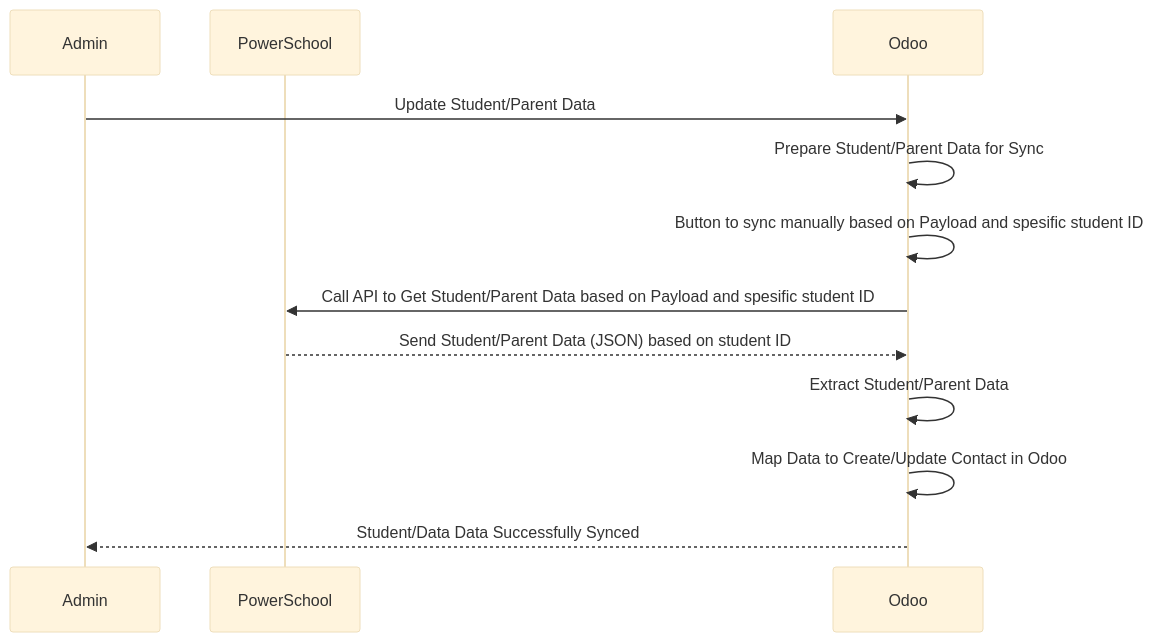
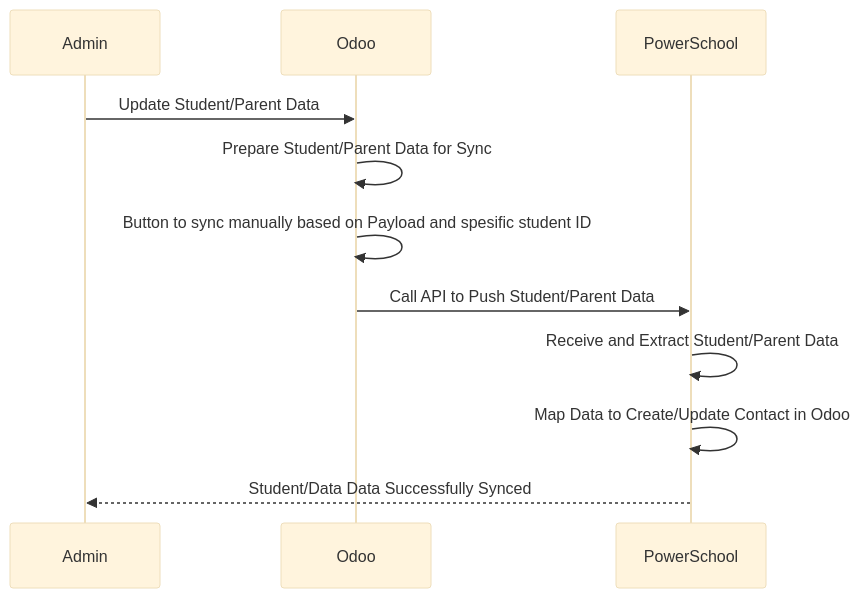
Before and after one commit to kamalyui9/lincoln_school: the second of 4 diagrams in PowerSchool Provides Rest API.md, drawn with Mermaid (base theme).

Commit message:
Update PowerSchool Provides Rest API.md

````diff
--- a/PowerSchool Provides Rest API.md
+++ b/PowerSchool Provides Rest API.md
@@ -23,15 +23,14 @@
 ```mermaid
 sequenceDiagram
     participant Admin as Admin
+    participant Odoo as Odoo
     participant PowerSchool as PowerSchool
-    participant Odoo as Odoo
 
     Admin->>Odoo: Update Student/Parent Data
     Odoo->>Odoo: Prepare Student/Parent Data for Sync
     Odoo->>Odoo: Button to sync manually based on Payload and spesific student ID
-    Odoo->>PowerSchool: Call API to Get Student/Parent Data based on Payload and spesific student ID
-    PowerSchool-->>Odoo: Send Student/Parent Data (JSON) based on student ID
-    Odoo->>Odoo: Extract Student/Parent Data
-    Odoo->>Odoo: Map Data to Create/Update Contact in Odoo
-    Odoo-->>Admin: Student/Data Data Successfully Synced
+    Odoo->>PowerSchool: Call API to Push Student/Parent Data
+    PowerSchool->>PowerSchool: Receive and Extract Student/Parent Data
+    PowerSchool->>PowerSchool: Map Data to Create/Update Contact in Odoo
+    PowerSchool-->>Admin: Student/Data Data Successfully Synced
 ```
````
